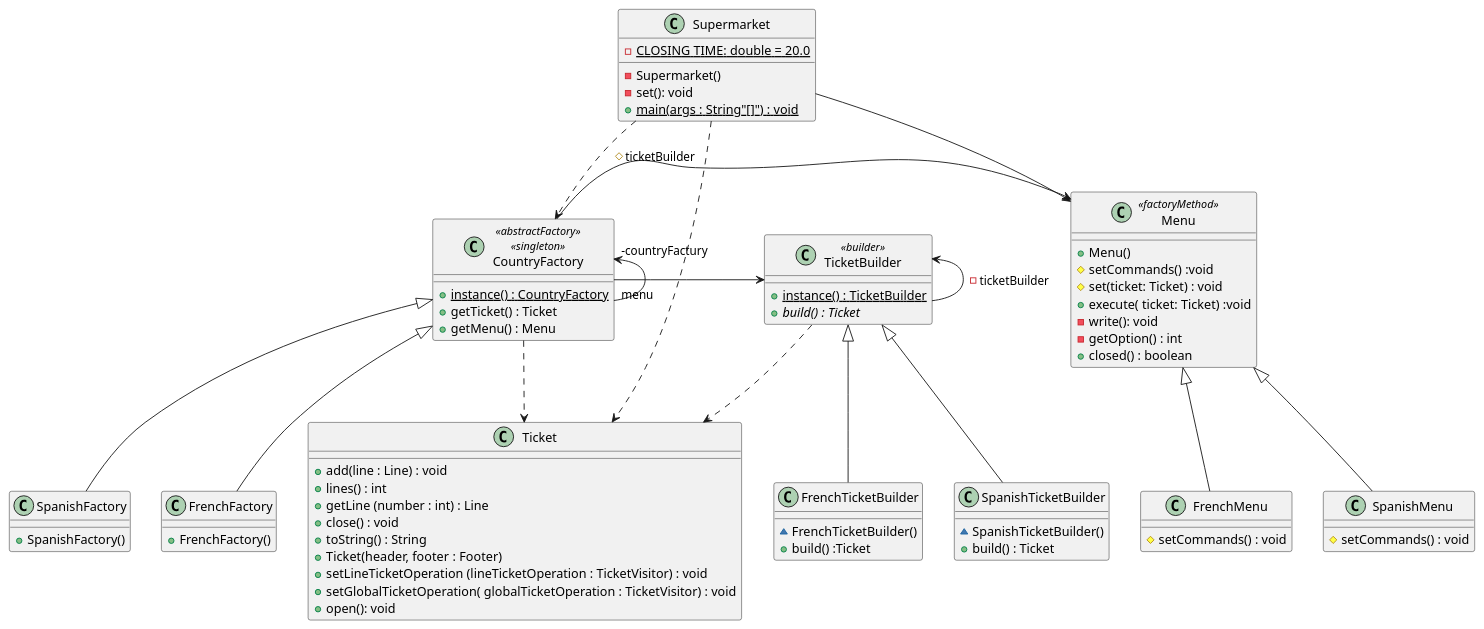
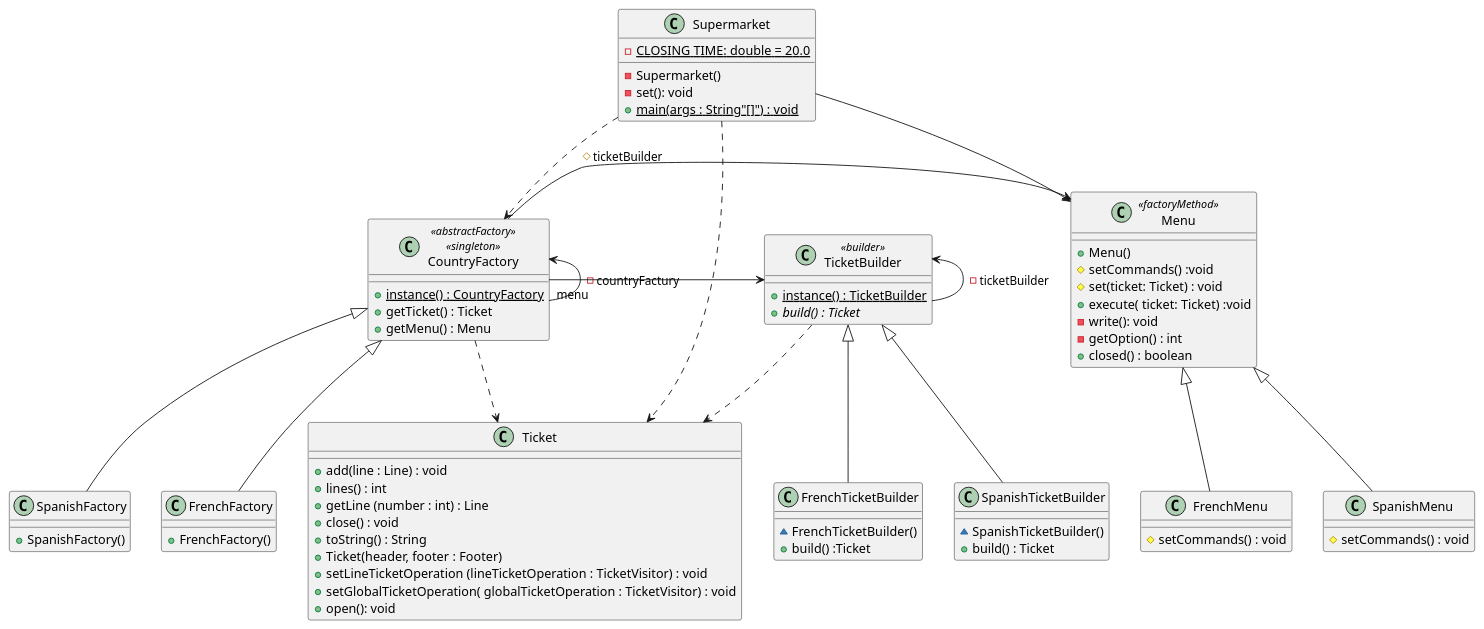
Before and after one commit to x-USantaTecla-manager-supermarket/requirements: the diagram in docs/diagrams/src/abstractFactory.plantuml, drawn with PlantUML. The commit also changed 10 other files, not shown here.

```diff
--- a/docs/diagrams/src/abstractFactory.plantuml
+++ b/docs/diagrams/src/abstractFactory.plantuml
@@ -1,89 +1,89 @@
 @startuml abstractFactory
 class Supermarket {
 -{static} CLOSING TIME: double = 20.0
 - Supermarket()
 - set(): void
 +{static} main(args : String"[]") : void
 }
 
 class CountryFactory <<abstractFactory>> <<singleton>> {
 +{static} instance() : CountryFactory
 + getTicket() : Ticket
 + getMenu() : Menu
 }
 
 class Ticket {
 + add(line : Line) : void
 + lines() : int
 + getLine (number : int) : Line
 + close() : void
 + toString() : String
 + Ticket(header, footer : Footer)
 + setLineTicketOperation (lineTicketOperation : TicketVisitor) : void
 + setGlobalTicketOperation( globalTicketOperation : TicketVisitor) : void
 + open(): void
 }
 
 class SpanishFactory {
 + SpanishFactory()
 }
 
 class FrenchFactory {
 + FrenchFactory()
 }
 
 class Menu <<factoryMethod>> {
 + Menu()
 # setCommands() :void
 # set(ticket: Ticket) : void
 + execute( ticket: Ticket) :void
 - write(): void
 - getOption() : int
 + closed() : boolean
 }
 
 class TicketBuilder <<builder>> {
 + {static} instance() : TicketBuilder
 +{abstract} build() : Ticket
 }
 
 class SpanishMenu {
 #setCommands() : void
 }
 
 class FrenchMenu {
 #setCommands() : void
 }
 
 class SpanishTicketBuilder {
 
 ~SpanishTicketBuilder()
 +build() : Ticket
 }
 
 class FrenchTicketBuilder {
 
 ~FrenchTicketBuilder()
 +build() :Ticket
 }
 
 
 
 Supermarket .down.> CountryFactory
 
 Supermarket -down-> Menu
-CountryFactory "-countryFactury"<-- "menu" CountryFactory
+CountryFactory <-- "menu" CountryFactory :-countryFactury
 CountryFactory -right-> Menu :#ticketBuilder
 CountryFactory -right-> TicketBuilder
 CountryFactory <|-- SpanishFactory
 CountryFactory <|-- FrenchFactory
 
 Menu <|-- SpanishMenu
 Menu <|-- FrenchMenu
 TicketBuilder <-- TicketBuilder :-ticketBuilder
 TicketBuilder <|-- SpanishTicketBuilder
 TicketBuilder <|-- FrenchTicketBuilder
 CountryFactory .down.> Ticket
 Supermarket .down.> Ticket
 TicketBuilder .down.> Ticket
 @enduml
```
